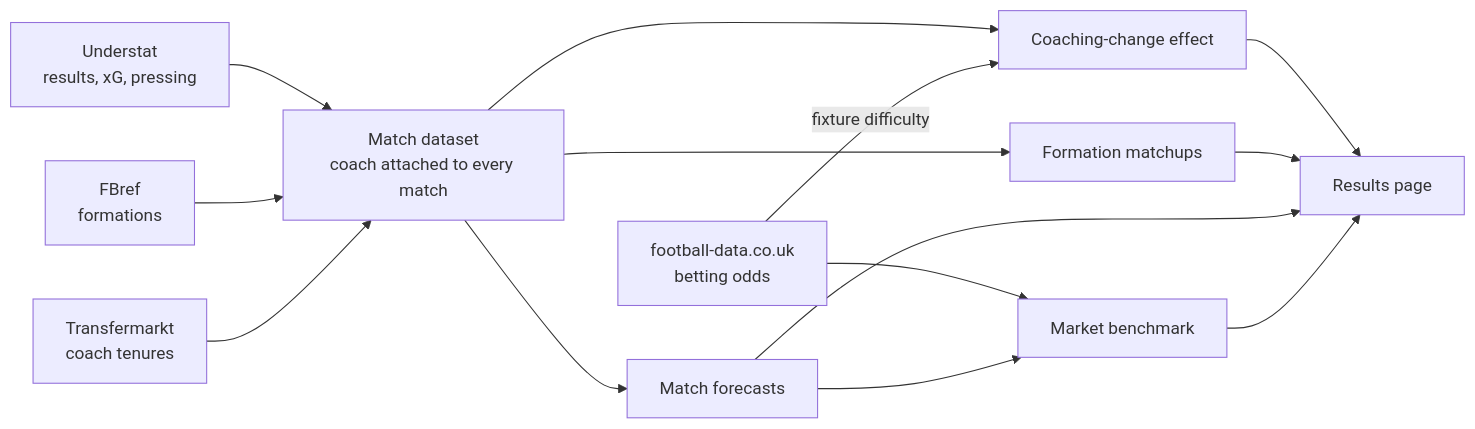
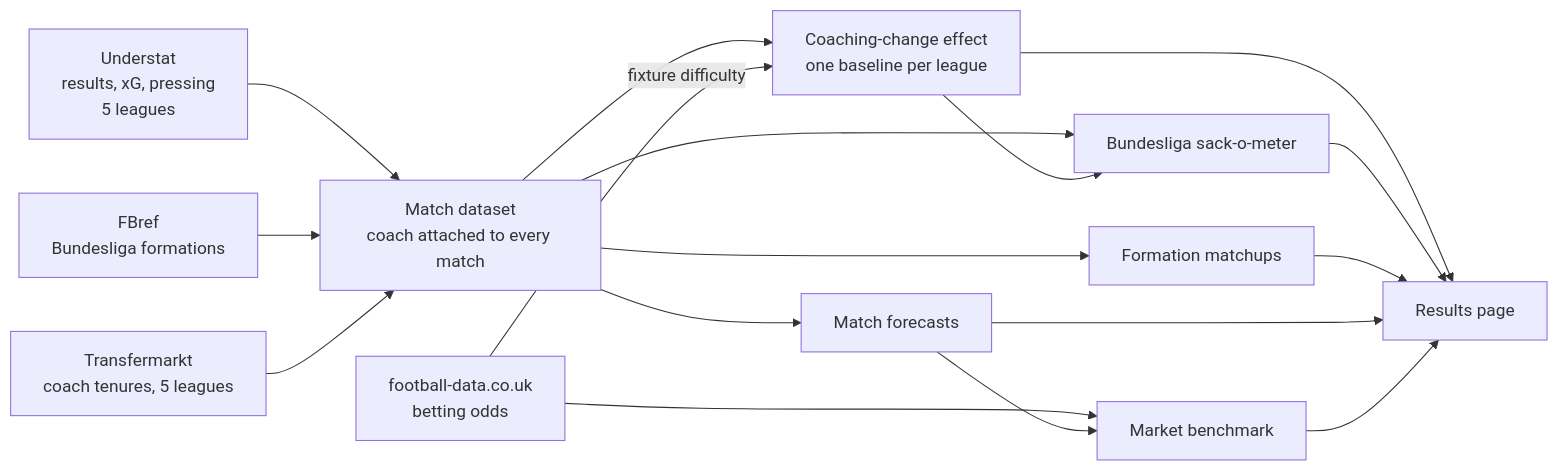
Before and after one commit to FPN1997/bundesliga-coach-impact: the diagram in README.md, drawn with Mermaid. The commit also changed other lines of this file and 9 other files, not shown here.

````diff
--- a/README.md
+++ b/README.md
@@ -136,13 +156,15 @@
 ```mermaid
 flowchart LR
-    US[Understat<br/>results, xG, pressing] --> DS[Match dataset<br/>coach attached to every match]
-    FB[FBref<br/>formations] --> DS
-    TM[Transfermarkt<br/>coach tenures] --> DS
-    DS --> CE[Coaching-change effect]
+    US[Understat<br/>results, xG, pressing<br/>5 leagues] --> DS[Match dataset<br/>coach attached to every match]
+    FB[FBref<br/>Bundesliga formations] --> DS
+    TM[Transfermarkt<br/>coach tenures, 5 leagues] --> DS
+    DS --> CE[Coaching-change effect<br/>one baseline per league]
+    DS --> SM[Bundesliga sack-o-meter]
     DS --> FM[Formation matchups]
     DS --> FC[Match forecasts]
     FD[football-data.co.uk<br/>betting odds] --> MB[Market benchmark]
     FD -->|fixture difficulty| CE
     FC --> MB
-    CE & FM & FC & MB --> WEB[Results page]
+    CE --> SM
+    CE & SM & FM & FC & MB --> WEB[Results page]
 ```
````
